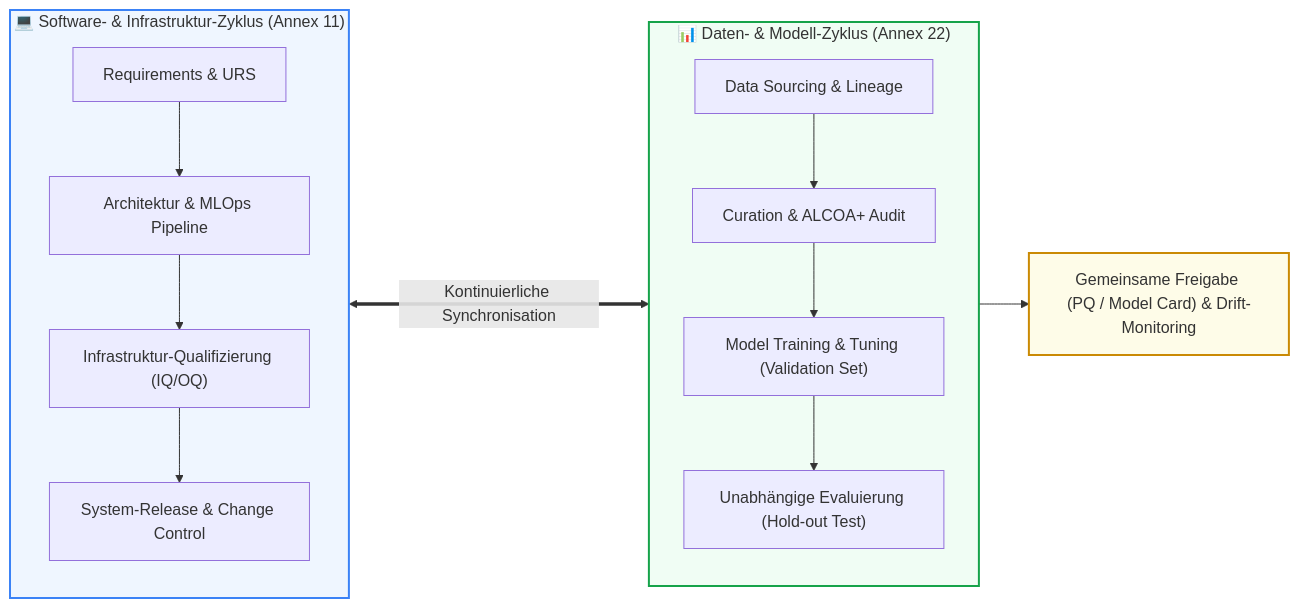
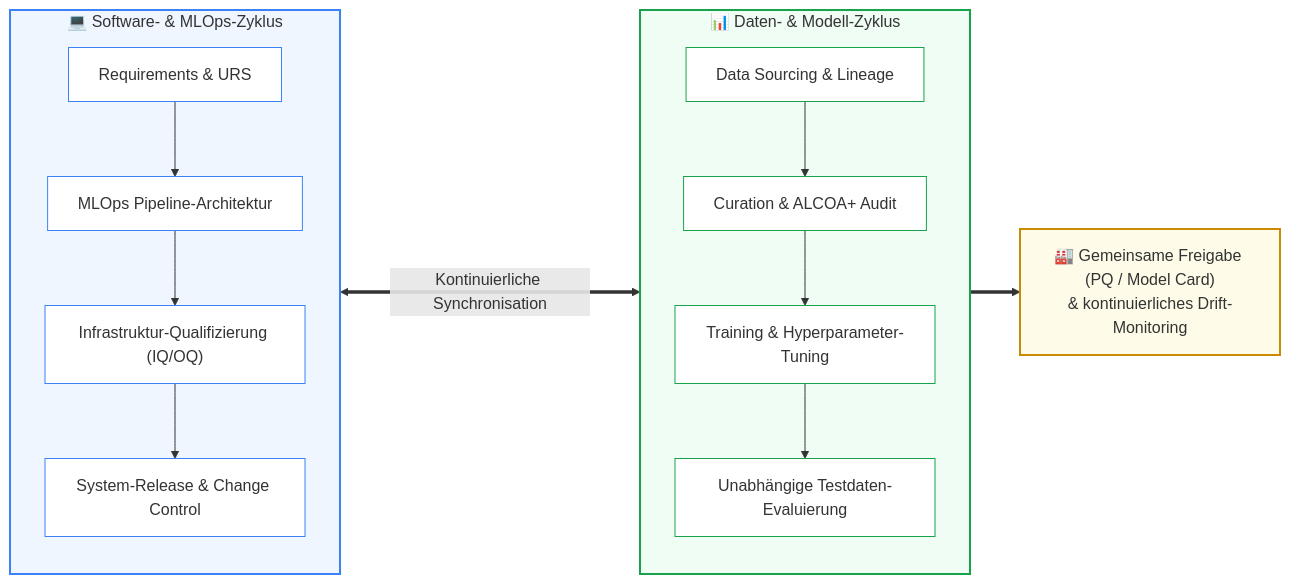
The second of 3 diagrams in docs/de/appendix_ispe_gamp_ai_best_practices.md (Lunaman06/Annex22), drawn with Mermaid before and after one commit. The commit also changed other lines of this file and 29 other files, not shown here.

Commit message:
style(docs): optimize mermaid diagram aspect ratios, edge flows and legibility across all DE and EN modules

````diff
--- a/docs/de/appendix_ispe_gamp_ai_best_practices.md
+++ b/docs/de/appendix_ispe_gamp_ai_best_practices.md
@@ -46,23 +52,35 @@
 ```mermaid
 flowchart LR
-    subgraph SoftwareCycle["💻 Software- & Infrastruktur-Zyklus (Annex 11)"]
+    subgraph SoftwareCycle["💻 Software- & MLOps-Zyklus"]
         direction TB
-        S1["Requirements & URS"] --> S2["Architektur & MLOps Pipeline"]
-        S2 --> S3["Infrastruktur-Qualifizierung (IQ/OQ)"]
-        S3 --> S4["System-Release & Change Control"]
+        S1["Requirements & URS"]
+        S2["MLOps Pipeline-Architektur"]
+        S3["Infrastruktur-Qualifizierung (IQ/OQ)"]
+        S4["System-Release & Change Control"]
+        S1 --> S2 --> S3 --> S4
     end
 
-    subgraph DataCycle["📊 Daten- & Modell-Zyklus (Annex 22)"]
+    subgraph DataCycle["📊 Daten- & Modell-Zyklus"]
         direction TB
-        D1["Data Sourcing & Lineage"] --> D2["Curation & ALCOA+ Audit"]
-        D2 --> D3["Model Training & Tuning (Validation Set)"]
-        D3 --> D4["Unabhängige Evaluierung (Hold-out Test)"]
+        D1["Data Sourcing & Lineage"]
+        D2["Curation & ALCOA+ Audit"]
+        D3["Training & Hyperparameter-Tuning"]
+        D4["Unabhängige Testdaten-Evaluierung"]
+        D1 --> D2 --> D3 --> D4
     end
 
-    SoftwareCycle <===>|Kontinuierliche Synchronisation| DataCycle
-    DataCycle --> PROD["Gemeinsame Freigabe (PQ / Model Card) & Drift-Monitoring"]
+    SoftwareCycle <===>|"Kontinuierliche Synchronisation"| DataCycle
+    DataCycle ==> PROD["🏭 Gemeinsame Freigabe (PQ / Model Card)<br/>& kontinuierliches Drift-Monitoring"]
 
     style SoftwareCycle fill:#eff6ff,stroke:#3b82f6,stroke-width:2px
     style DataCycle fill:#f0fdf4,stroke:#16a34a,stroke-width:2px
     style PROD fill:#fefce8,stroke:#ca8a04,stroke-width:2px
+    style S1 fill:#ffffff,stroke:#3b82f6,stroke-width:1px
+    style S2 fill:#ffffff,stroke:#3b82f6,stroke-width:1px
+    style S3 fill:#ffffff,stroke:#3b82f6,stroke-width:1px
+    style S4 fill:#ffffff,stroke:#3b82f6,stroke-width:1px
+    style D1 fill:#ffffff,stroke:#16a34a,stroke-width:1px
+    style D2 fill:#ffffff,stroke:#16a34a,stroke-width:1px
+    style D3 fill:#ffffff,stroke:#16a34a,stroke-width:1px
+    style D4 fill:#ffffff,stroke:#16a34a,stroke-width:1px
 ```
````
